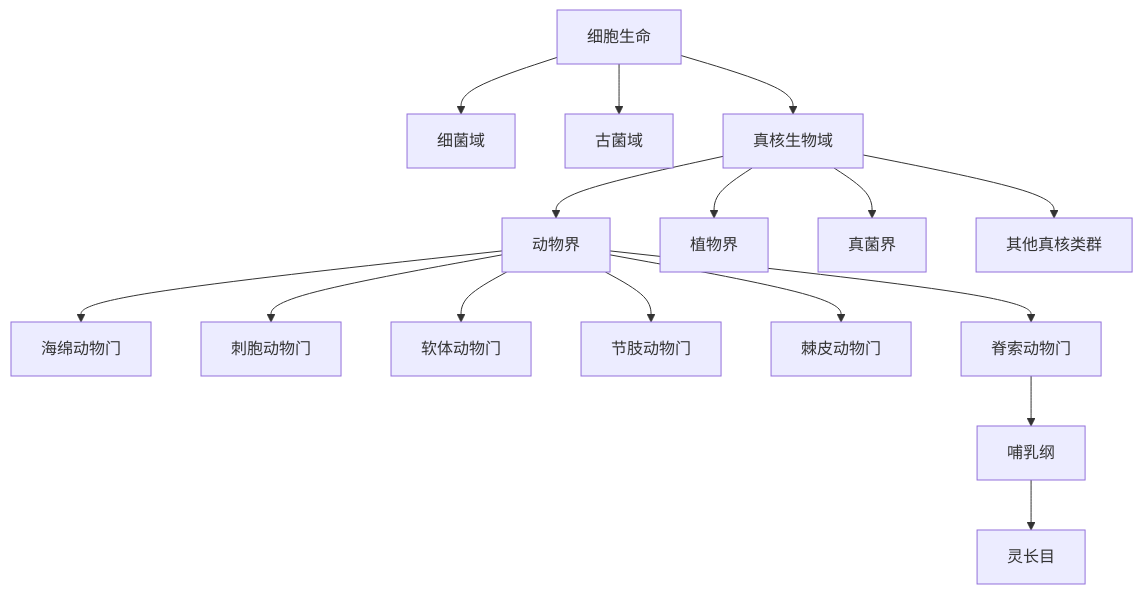
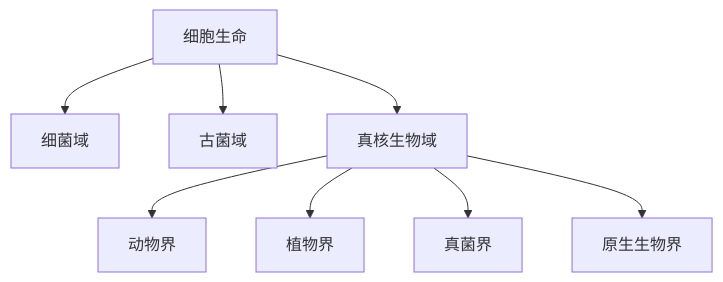
The diagram in 自然科学/生命科学/生物分类学/域/真核生物域/README.md (tianlan-dev/learning-notes), drawn with Mermaid before and after one commit. The commit also changed other lines of this file and 27 other files, not shown here.

````diff
--- a/自然科学/生命科学/生物分类学/域/真核生物域/README.md
+++ b/自然科学/生命科学/生物分类学/域/真核生物域/README.md
@@ -17,20 +17,11 @@
 ```mermaid
 graph TD
     CellularLife["细胞生命"] --> Bacteria["细菌域"]
     CellularLife --> Archaea["古菌域"]
     CellularLife --> Eukaryota["真核生物域"]
 
-    Eukaryota --> Animals["动物界"]
-    Eukaryota --> Plants["植物界"]
+    Eukaryota --> Animalia["动物界"]
+    Eukaryota --> Plantae["植物界"]
     Eukaryota --> Fungi["真菌界"]
-    Eukaryota --> Protists["其他真核类群"]
-
-    Animals --> Porifera["海绵动物门"]
-    Animals --> Cnidaria["刺胞动物门"]
-    Animals --> Mollusca["软体动物门"]
-    Animals --> Arthropoda["节肢动物门"]
-    Animals --> Echinodermata["棘皮动物门"]
-    Animals --> Chordata["脊索动物门"]
-    Chordata --> Mammalia["哺乳纲"]
-    Mammalia --> Primates["灵长目"]
+    Eukaryota --> Protista["原生生物界"]
 ```
````
